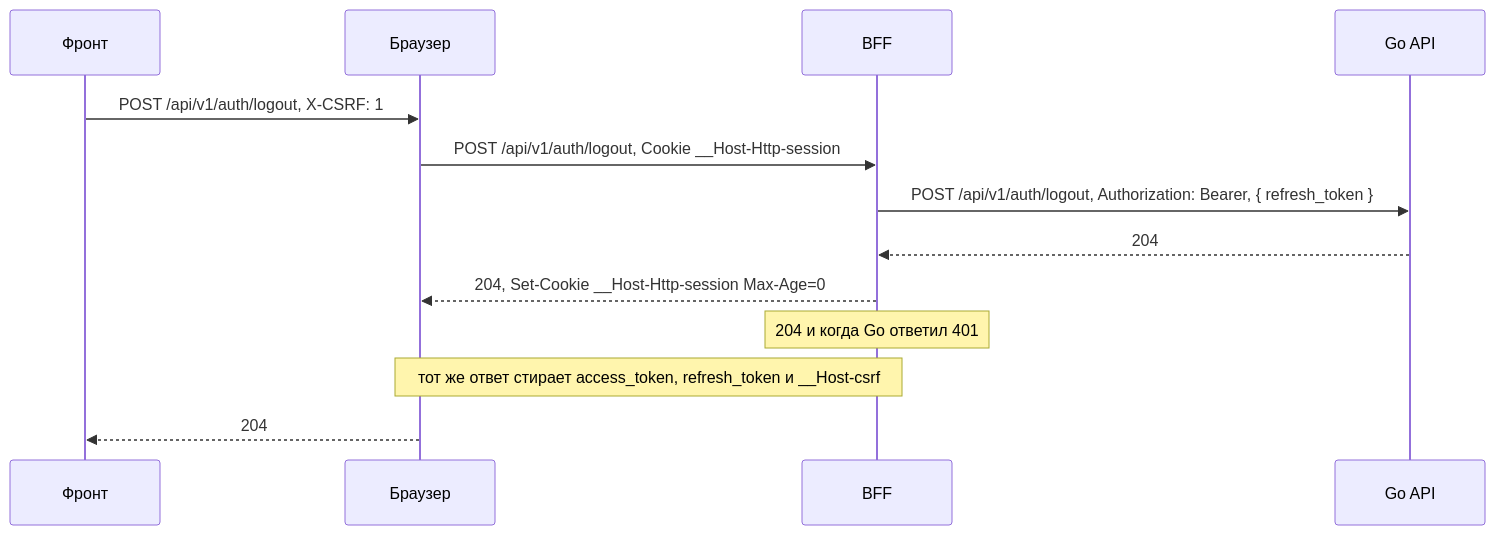
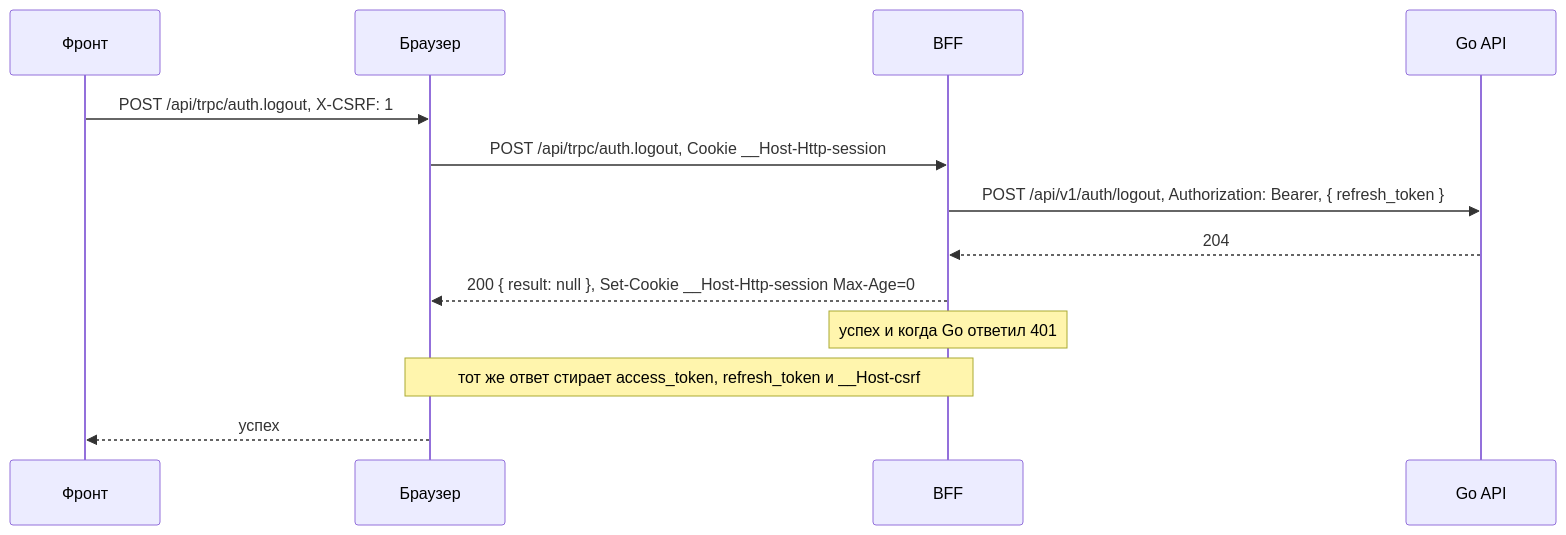
One commit to Cringe-Driven-Development-Team/docs changed the fifth of 10 diagrams in site/modules/2026-10/tracks/bff/auth.md. Above: the diagram before and after it, drawn with Mermaid. The commit also changed other lines of this file and 1 other file, not shown here.

````diff
--- a/site/modules/2026-10/tracks/bff/auth.md
+++ b/site/modules/2026-10/tracks/bff/auth.md
@@ -236,15 +238,15 @@
 ```mermaid
 sequenceDiagram
   participant F as Фронт
   participant B as Браузер
   participant P as BFF
   participant A as Go API
-  F->>B: POST /api/v1/auth/logout, X-CSRF: 1
-  B->>P: POST /api/v1/auth/logout, Cookie __Host-Http-session
+  F->>B: POST /api/trpc/auth.logout, X-CSRF: 1
+  B->>P: POST /api/trpc/auth.logout, Cookie __Host-Http-session
   P->>A: POST /api/v1/auth/logout, Authorization: Bearer, { refresh_token }
   A-->>P: 204
-  P-->>B: 204, Set-Cookie __Host-Http-session Max-Age=0
-  Note over P: 204 и когда Go ответил 401
+  P-->>B: 200 { result: null }, Set-Cookie __Host-Http-session Max-Age=0
+  Note over P: успех и когда Go ответил 401
   Note over P,B: тот же ответ стирает access_token, refresh_token и __Host-csrf
-  B-->>F: 204
+  B-->>F: успех
 ```
````
